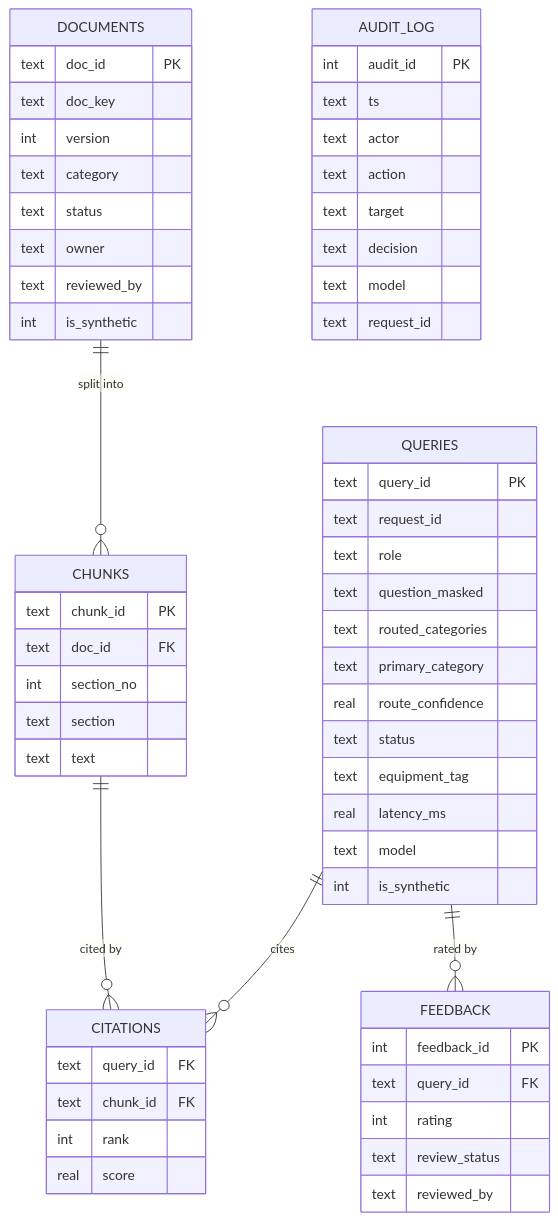
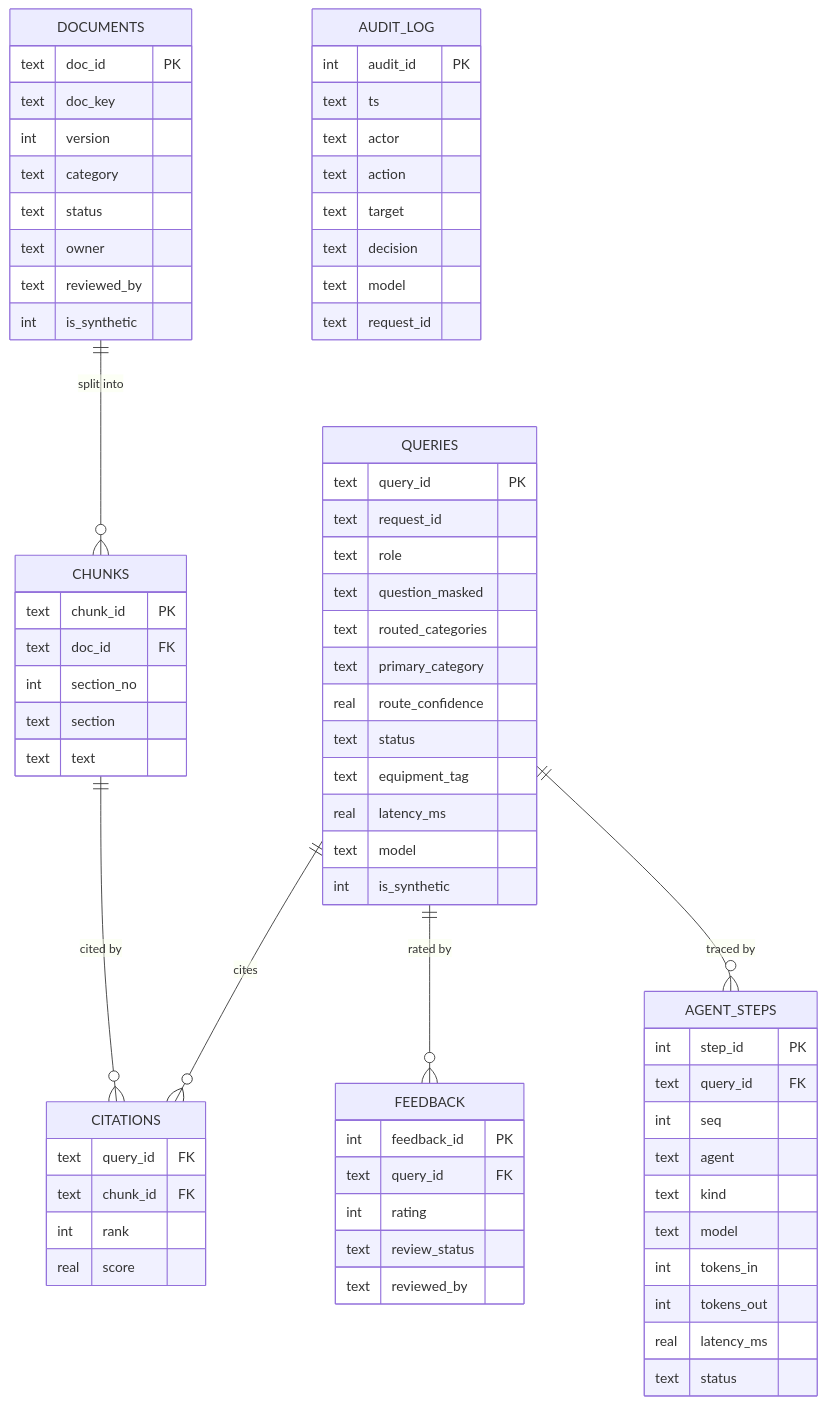
One commit to hemach-git/MIKRA changed the diagram in docs/data_model.md. Above: the diagram before and after it, drawn with Mermaid. The commit also changed other lines of this file and 19 other files, not shown here.

Commit message:
Design v2: supervised multi-agent architecture, updated docs, diagrams, slide; agent contract and session briefs

````diff
--- a/docs/data_model.md
+++ b/docs/data_model.md
@@ -5,62 +7,75 @@
 ```mermaid
 %% name: data_model
 erDiagram
   DOCUMENTS ||--o{ CHUNKS : "split into"
   QUERIES ||--o{ CITATIONS : "cites"
   CHUNKS ||--o{ CITATIONS : "cited by"
   QUERIES ||--o{ FEEDBACK : "rated by"
+  QUERIES ||--o{ AGENT_STEPS : "traced by"
   DOCUMENTS {
     text doc_id PK
     text doc_key
     int version
     text category
     text status
     text owner
     text reviewed_by
     int is_synthetic
   }
   CHUNKS {
     text chunk_id PK
     text doc_id FK
     int section_no
     text section
     text text
   }
   QUERIES {
     text query_id PK
     text request_id
     text role
     text question_masked
     text routed_categories
     text primary_category
     real route_confidence
     text status
     text equipment_tag
     real latency_ms
     text model
     int is_synthetic
   }
   CITATIONS {
     text query_id FK
     text chunk_id FK
     int rank
     real score
   }
   FEEDBACK {
     int feedback_id PK
     text query_id FK
     int rating
     text review_status
     text reviewed_by
   }
+  AGENT_STEPS {
+    int step_id PK
+    text query_id FK
+    int seq
+    text agent
+    text kind
+    text model
+    int tokens_in
+    int tokens_out
+    real latency_ms
+    text status
+  }
   AUDIT_LOG {
     int audit_id PK
     text ts
     text actor
     text action
     text target
     text decision
     text model
     text request_id
   }
 ```
````
